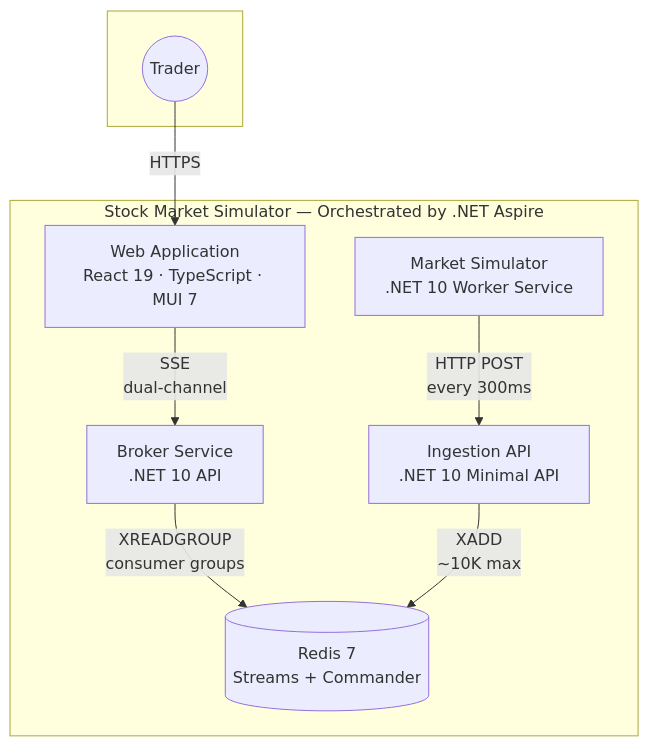
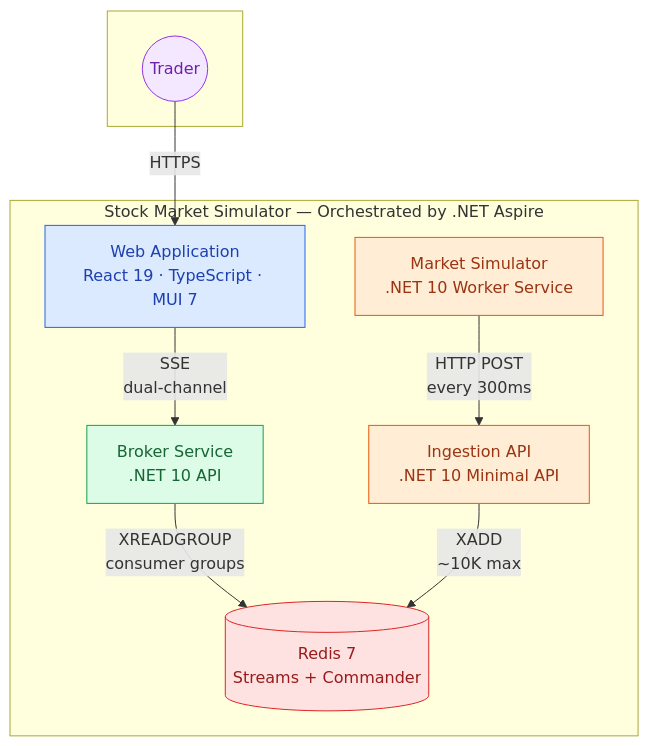
One commit to raj-champion-trader/rajchampaneriya.github.io changed the second of 10 diagrams in hugo-site/content/projects/stock-market-simulator/index.md. Above: the diagram before and after it, drawn with Mermaid. The commit also changed other lines of this file and 5 other files, not shown here.

First line of the commit message:
Enhance Mermaid Diagrams with Semantic Color Classes and Dark Mode Support

````diff
--- a/hugo-site/content/projects/stock-market-simulator/index.md
+++ b/hugo-site/content/projects/stock-market-simulator/index.md
@@ -66,24 +69,30 @@
 ```mermaid
 flowchart TB
+    classDef primary fill:#dbeafe,stroke:#2563eb,color:#1e40af
+    classDef secondary fill:#dcfce7,stroke:#16a34a,color:#166534
+    classDef accent fill:#ffedd5,stroke:#ea580c,color:#9a3412
+    classDef highlight fill:#f3e8ff,stroke:#9333ea,color:#6b21a8
+    classDef danger fill:#fee2e2,stroke:#dc2626,color:#991b1b
+
     subgraph User[" "]
-        Trader((Trader))
+        Trader(("Trader")):::highlight
     end
 
     subgraph Aspire["Stock Market Simulator — Orchestrated by .NET Aspire"]
-        WebApp["Web Application<br/>React 19 · TypeScript · MUI 7"]
+        WebApp["Web Application<br/>React 19 · TypeScript · MUI 7"]:::primary
         
-        BrokerService["Broker Service<br/>.NET 10 API"]
+        BrokerService["Broker Service<br/>.NET 10 API"]:::secondary
         
-        IngestionAPI["Ingestion API<br/>.NET 10 Minimal API"]
+        IngestionAPI["Ingestion API<br/>.NET 10 Minimal API"]:::accent
         
-        MarketSimulator["Market Simulator<br/>.NET 10 Worker Service"]
+        MarketSimulator["Market Simulator<br/>.NET 10 Worker Service"]:::accent
         
-        RedisDB[("Redis 7<br/>Streams + Commander")]
+        RedisDB[("Redis 7<br/>Streams + Commander")]:::danger
     end
 
-    Trader -->|HTTPS| WebApp
-    WebApp -->|SSE<br/>dual-channel| BrokerService
-    BrokerService -->|XREADGROUP<br/>consumer groups| RedisDB
-    IngestionAPI -->|XADD<br/>~10K max| RedisDB
-    MarketSimulator -->|HTTP POST<br/>every 300ms| IngestionAPI
+    Trader -->|"HTTPS"| WebApp
+    WebApp -->|"SSE<br/>dual-channel"| BrokerService
+    BrokerService -->|"XREADGROUP<br/>consumer groups"| RedisDB
+    IngestionAPI -->|"XADD<br/>~10K max"| RedisDB
+    MarketSimulator -->|"HTTP POST<br/>every 300ms"| IngestionAPI
 ```
````
